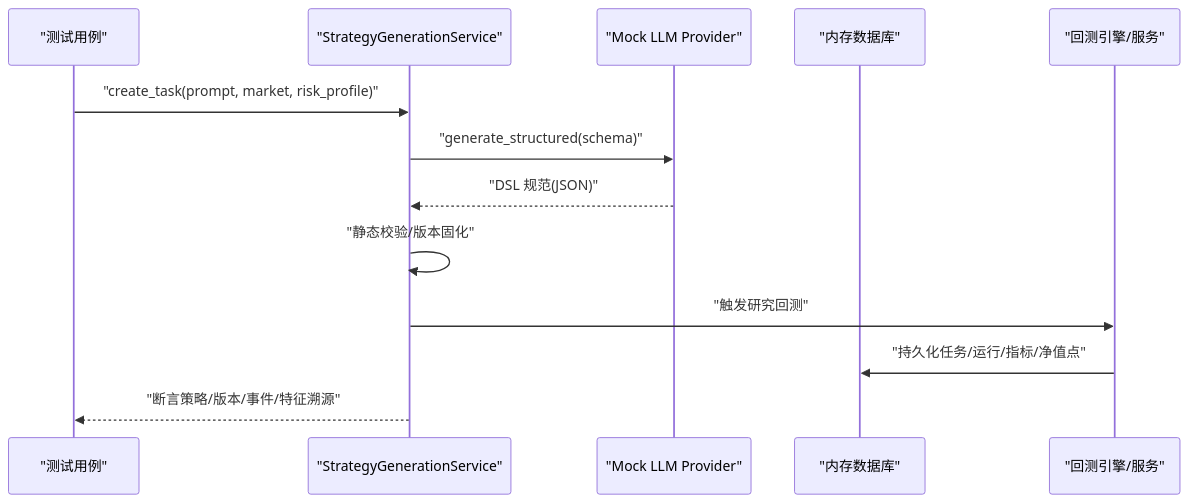
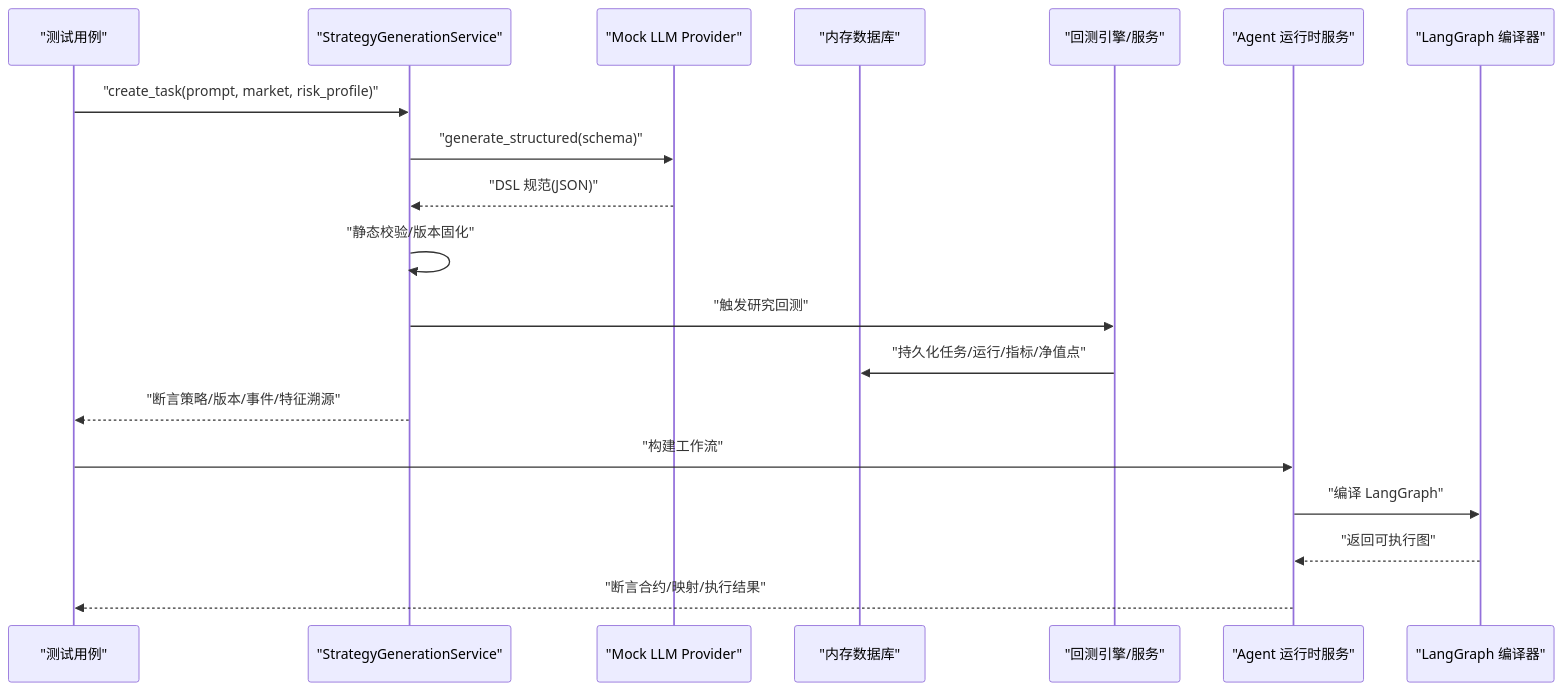
One commit to javelin-dot/llmine-quant changed the fourth of 7 diagrams in .qoder/repowiki/zh/content/测试与质量保证/测试与质量保证.md. Above: the diagram before and after it, drawn with Mermaid. The commit also changed other lines of this file and 19 other files, not shown here.

````diff
--- a/.qoder/repowiki/zh/content/测试与质量保证/测试与质量保证.md
+++ b/.qoder/repowiki/zh/content/测试与质量保证/测试与质量保证.md
@@ -183,15 +218,21 @@
 ```mermaid
 sequenceDiagram
 participant Test as "测试用例"
 participant Svc as "StrategyGenerationService"
 participant LLM as "Mock LLM Provider"
 participant DB as "内存数据库"
 participant BT as "回测引擎/服务"
+participant Runtime as "Agent 运行时服务"
+participant Graph as "LangGraph 编译器"
 Test->>Svc : "create_task(prompt, market, risk_profile)"
 Svc->>LLM : "generate_structured(schema)"
 LLM-->>Svc : "DSL 规范(JSON)"
 Svc->>Svc : "静态校验/版本固化"
 Svc->>BT : "触发研究回测"
 BT->>DB : "持久化任务/运行/指标/净值点"
 Svc-->>Test : "断言策略/版本/事件/特征溯源"
+Test->>Runtime : "构建工作流"
+Runtime->>Graph : "编译 LangGraph"
+Graph-->>Runtime : "返回可执行图"
+Runtime-->>Test : "断言合约/映射/执行结果"
 ```
````
